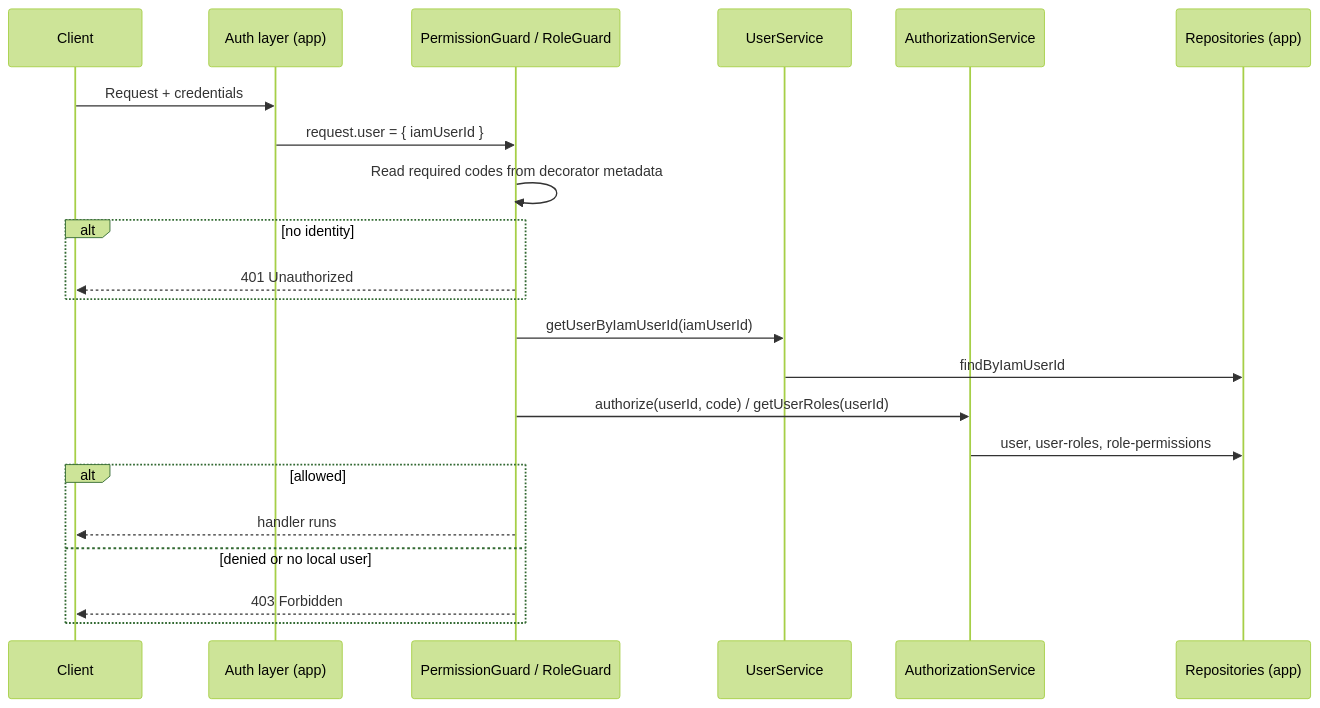
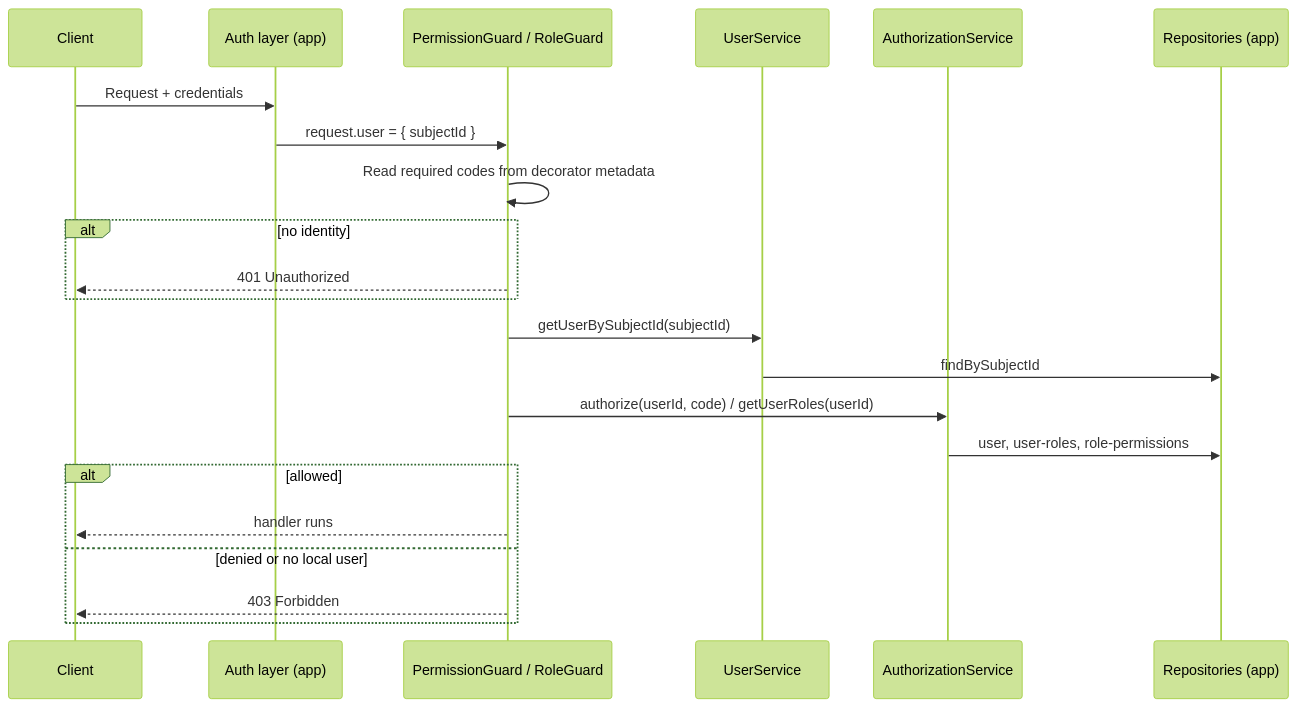
Before and after one commit to Smile-HO-OS/smile-user-rbac: the third of 3 diagrams in docs/integration-guide.md, drawn with Mermaid (forest theme). The commit also changed other lines of this file and 34 other files, not shown here.

````diff
--- a/docs/integration-guide.md
+++ b/docs/integration-guide.md
@@ -66,24 +66,24 @@
 ```mermaid
 sequenceDiagram
   participant C as Client
   participant A as Auth layer (app)
   participant G as PermissionGuard / RoleGuard
   participant U as UserService
   participant Z as AuthorizationService
   participant R as Repositories (app)
   C->>A: Request + credentials
-  A->>G: request.user = { iamUserId }
+  A->>G: request.user = { subjectId }
   G->>G: Read required codes from decorator metadata
   alt no identity
     G-->>C: 401 Unauthorized
   end
-  G->>U: getUserByIamUserId(iamUserId)
-  U->>R: findByIamUserId
+  G->>U: getUserBySubjectId(subjectId)
+  U->>R: findBySubjectId
   G->>Z: authorize(userId, code) / getUserRoles(userId)
   Z->>R: user, user-roles, role-permissions
   alt allowed
     G-->>C: handler runs
   else denied or no local user
     G-->>C: 403 Forbidden
   end
 ```
````
